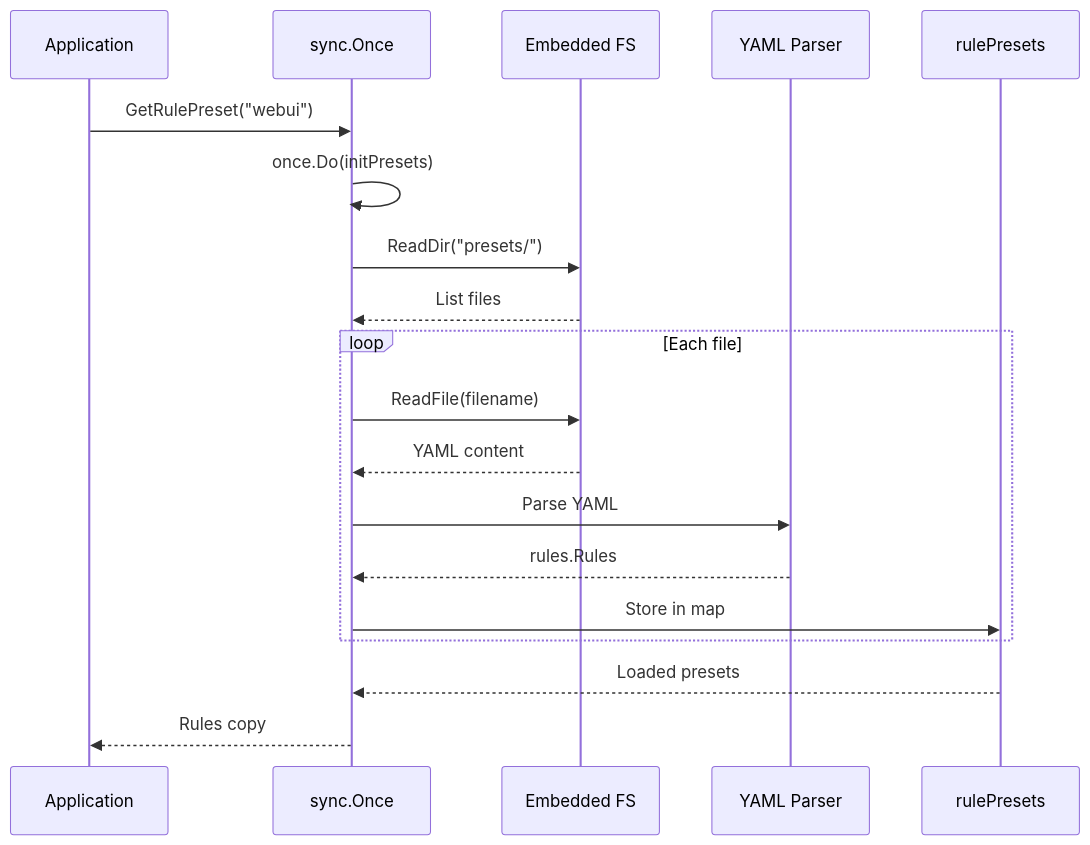
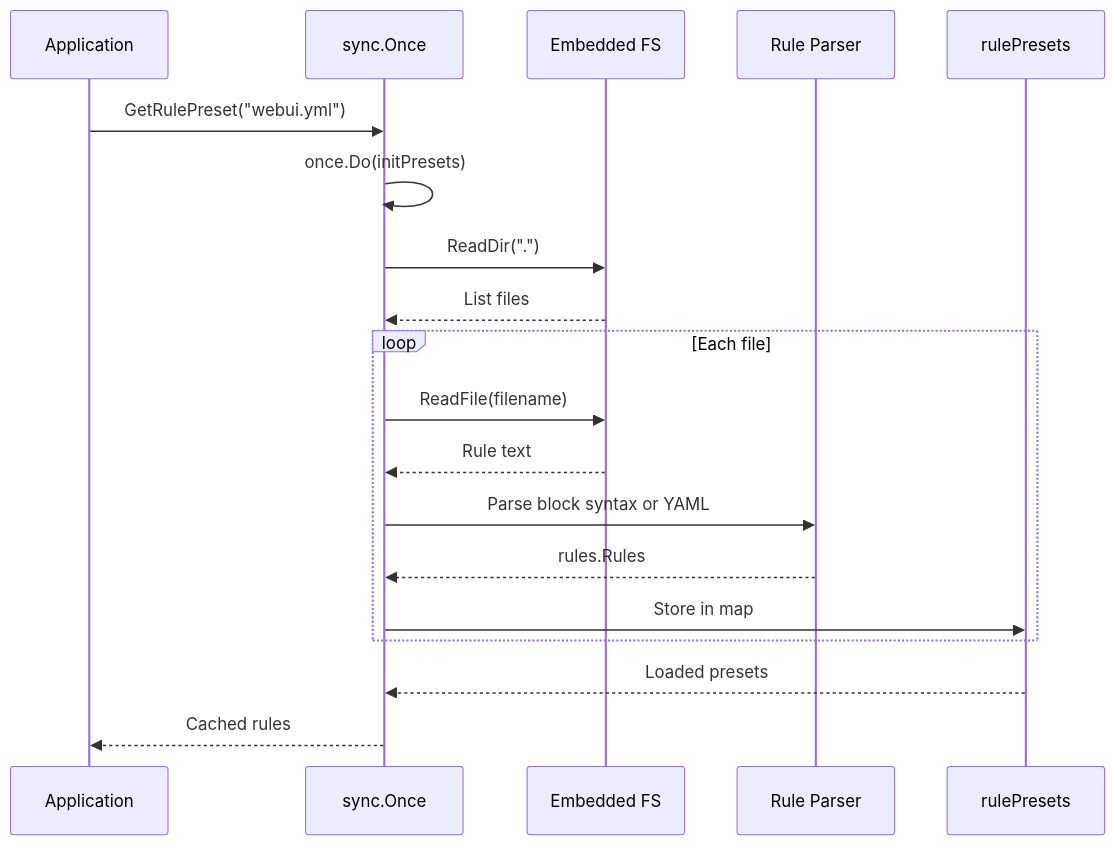
Before and after one commit to yusing/godoxy-wiki: the second of 2 diagrams in content/docs/impl/internal-route-rules-presets.mdx, drawn with Mermaid. The commit also changed other lines of this file and 5 other files, not shown here.

````diff
--- a/content/docs/impl/internal-route-rules-presets.mdx
+++ b/content/docs/impl/internal-route-rules-presets.mdx
@@ -72,22 +73,22 @@
 ```mermaid
 sequenceDiagram
     participant App as Application
     participant Once as sync.Once
     participant FS as Embedded FS
-    participant Parser as YAML Parser
+    participant Parser as Rule Parser
     participant Map as rulePresets
 
-    App->>Once: GetRulePreset("webui")
+    App->>Once: GetRulePreset("webui.yml")
     Once->>Once: once.Do(initPresets)
-    Once->>FS: ReadDir("presets/")
+    Once->>FS: ReadDir(".")
     FS-->>Once: List files
     loop Each file
         Once->>FS: ReadFile(filename)
-        FS-->>Once: YAML content
-        Once->>Parser: Parse YAML
+        FS-->>Once: Rule text
+        Once->>Parser: Parse block syntax or YAML
         Parser-->>Once: rules.Rules
         Once->>Map: Store in map
     end
     Map-->>Once: Loaded presets
-    Once-->>App: Rules copy
+    Once-->>App: Cached rules
 ```
````
